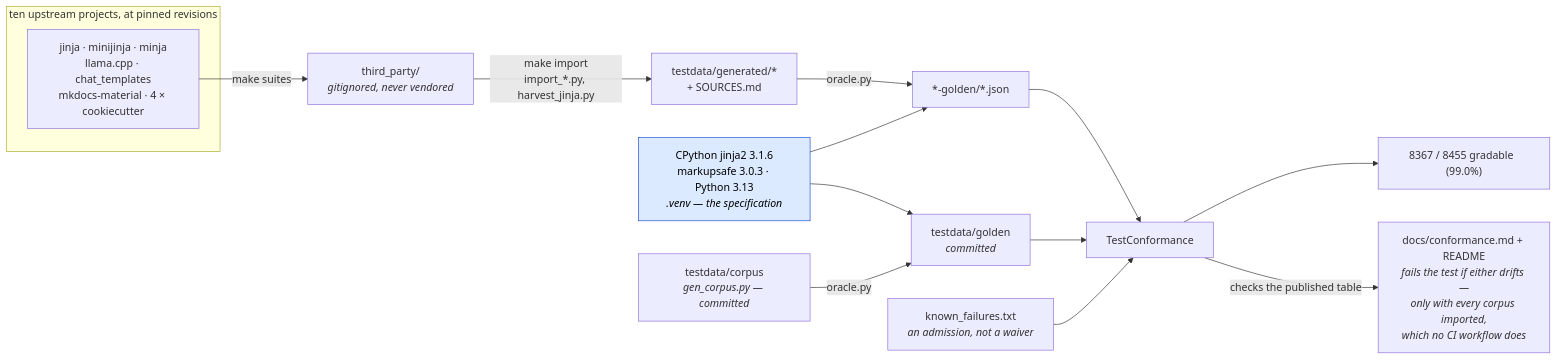
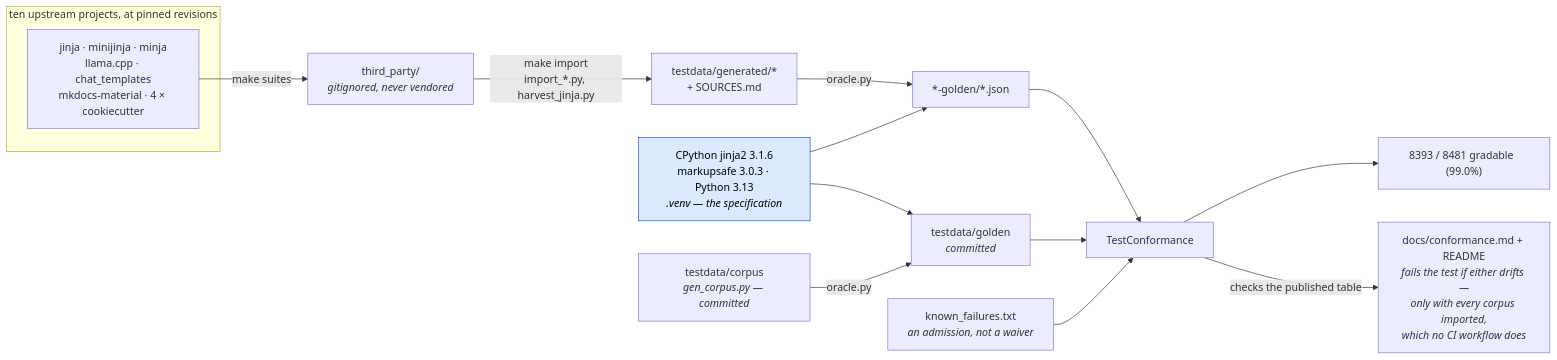
The first of 2 diagrams in docs/conformance.md (mgilbir/gojja2), drawn with Mermaid before and after one commit. The commit also changed other lines of this file and 133 other files, not shown here.

````diff
--- a/docs/conformance.md
+++ b/docs/conformance.md
@@ -17,24 +17,24 @@
 ```mermaid
 flowchart LR
     subgraph up["ten upstream projects, at pinned revisions"]
         U1["jinja · minijinja · minja<br/>llama.cpp · chat_templates<br/>mkdocs-material · 4 × cookiecutter"]
     end
     U1 -->|"make suites"| TP["third_party/<br/><i>gitignored, never vendored</i>"]
     TP -->|"make import<br/>import_*.py, harvest_jinja.py"| GEN["testdata/generated/*<br/>+ SOURCES.md"]
 
     ORA["CPython jinja2 3.1.6<br/>markupsafe 3.0.3 · Python 3.13<br/><i>.venv — the specification</i>"]
     GEN -->|"oracle.py"| G2["*-golden/*.json"]
     ORA --> G2
 
     OWN["testdata/corpus<br/><i>gen_corpus.py — committed</i>"] -->|"oracle.py"| G1["testdata/golden<br/><i>committed</i>"]
     ORA --> G1
 
     G1 --> TC["TestConformance"]
     G2 --> TC
     KF["known_failures.txt<br/><i>an admission, not a waiver</i>"] --> TC
-    TC --> RATE["8367 / 8455 gradable  (99.0%)"]
+    TC --> RATE["8393 / 8481 gradable  (99.0%)"]
     TC -->|"checks the published table"| RM["docs/conformance.md + README<br/><i>fails the test if either drifts —<br/>only with every corpus imported,<br/>which no CI workflow does</i>"]
 
     classDef spec fill:#dbeafe,stroke:#1d4ed8,color:#000
     class ORA spec
 ```
````
